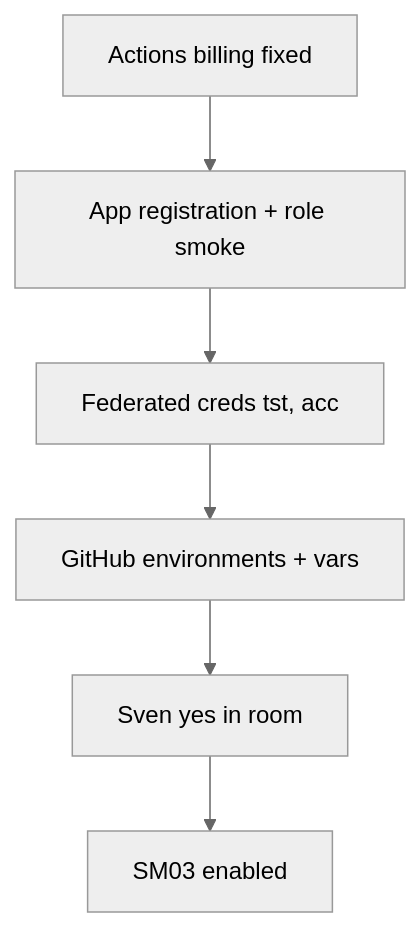
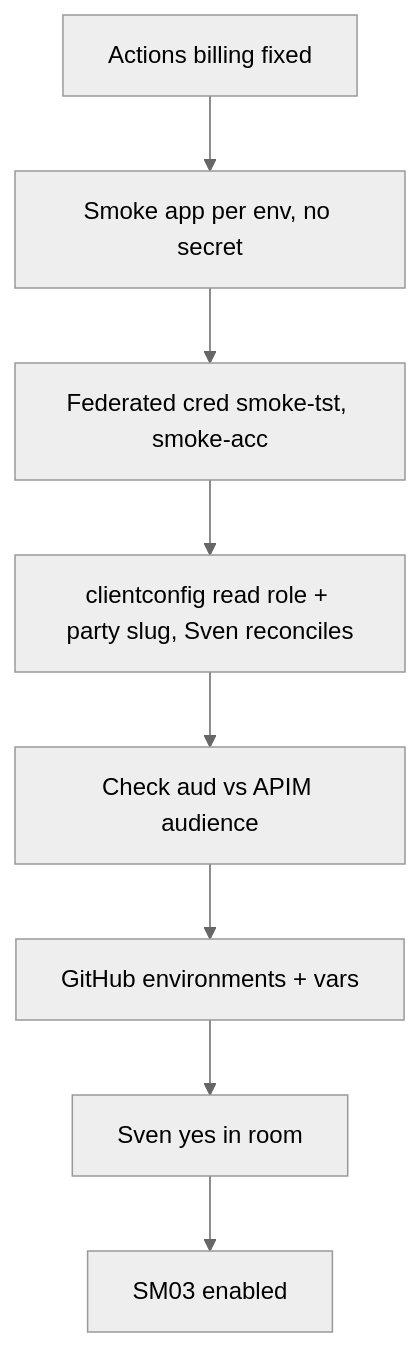
The diagram in docs/pbi/smoke/SM07.md (svennijhuis/agentic-workflows), drawn with Mermaid (neutral theme) before and after one commit. The commit also changed other lines of this file and 8 other files, not shown here.

First line of the commit message:
docs(pbi): smoke SM03, SM04, SM07, README update (APIM chain) and path fixes

````diff
--- a/docs/pbi/smoke/SM07.md
+++ b/docs/pbi/smoke/SM07.md
@@ -29,8 +41,10 @@
   ```mermaid
   flowchart TD
-    A[Actions billing fixed] --> B[App registration + role smoke]
-    B --> C[Federated creds tst, acc]
-    C --> D[GitHub environments + vars]
-    D --> E[Sven yes in room]
-    E --> F[SM03 enabled]
+    A[Actions billing fixed] --> B[Smoke app per env, no secret]
+    B --> C[Federated cred smoke-tst, smoke-acc]
+    C --> D[clientconfig read role + party slug, Sven reconciles]
+    D --> E[Check aud vs APIM audience]
+    E --> F[GitHub environments + vars]
+    F --> G[Sven yes in room]
+    G --> H[SM03 enabled]
   ```
````
